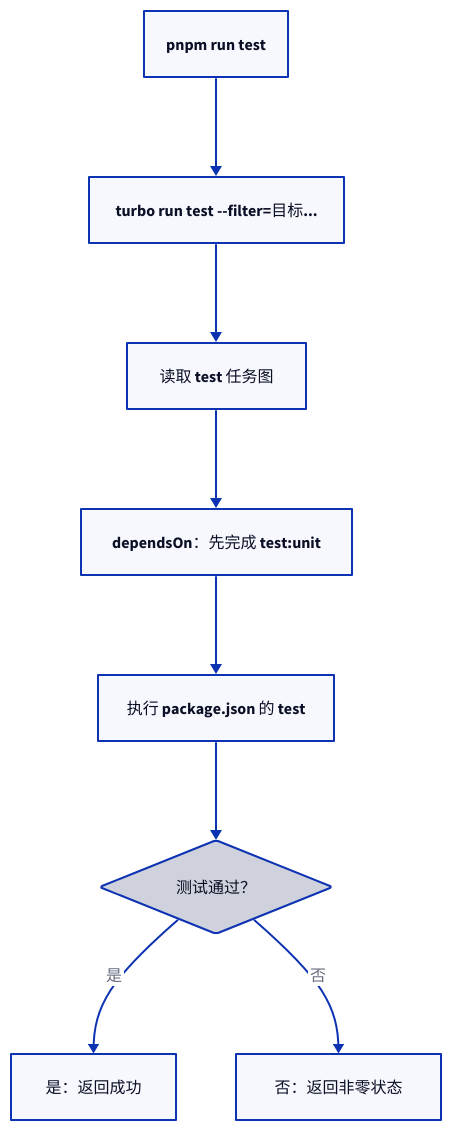
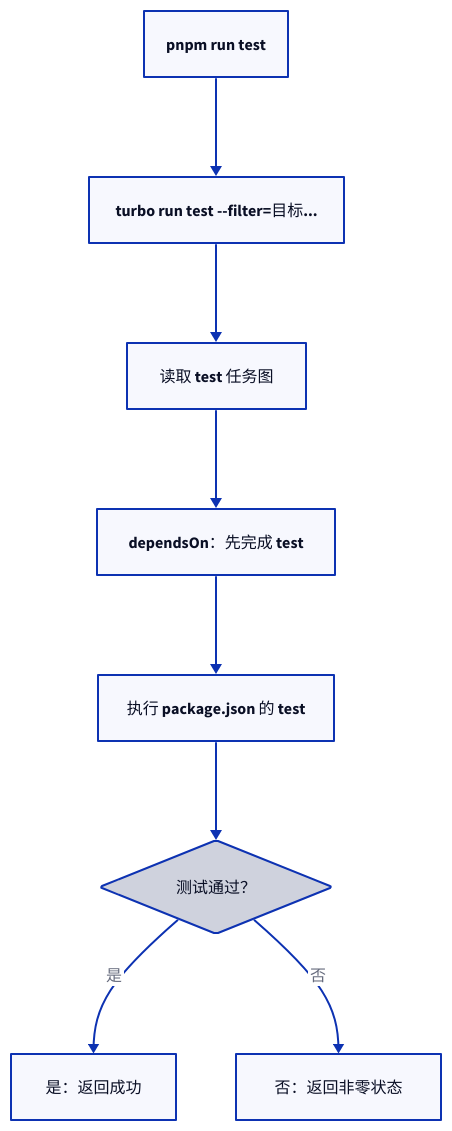
One commit to tnnevol/fn-os-apps changed the sixth of 13 diagrams in docs/development/package-tasks-and-turbo.md. Above: the diagram before and after it, drawn with D2. The commit also changed other lines of this file and 11 other files, not shown here.

Commit message:
refactor(test): drop test:unit alias and standardize on test

````diff
--- a/docs/development/package-tasks-and-turbo.md
+++ b/docs/development/package-tasks-and-turbo.md
@@ -247,19 +246,19 @@
 ```d2
 direction: down
 
 command: "pnpm run test"
 turbo: "turbo run test --filter=目标..."
 graph: "读取 test 任务图"
-unit: "dependsOn：先完成 test:unit"
+unit: "dependsOn：先完成 test"
 run: "执行 package.json 的 test"
 status: {
   label: "测试通过？"
   shape: diamond
 }
 result: "是：返回成功"
 fail: "否：返回非零状态"
 
 command -> turbo -> graph -> unit -> run -> status
 status -> result: 是
 status -> fail: 否
 ```
````
